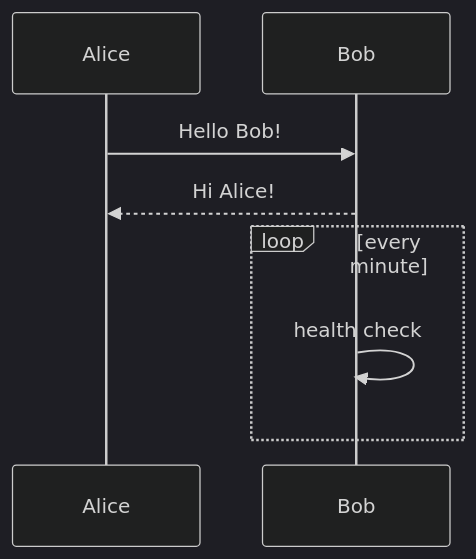
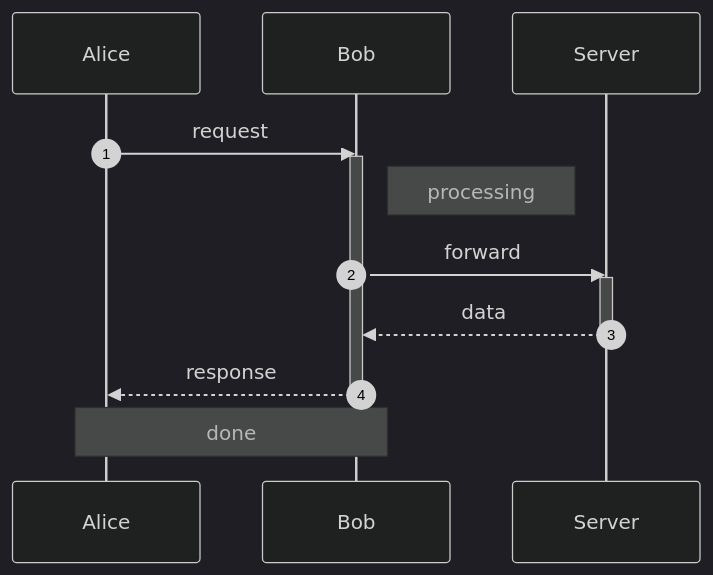
Before and after one commit to sc2in/pozeiden: the diagram in examples/sequence.mmd, drawn with Mermaid (dark theme). The commit also changed 20 other files, not shown here.

```diff
--- a/examples/sequence.mmd
+++ b/examples/sequence.mmd
@@ -1,8 +1,15 @@
 sequenceDiagram
+    autonumber
     participant Alice
     participant Bob
-    Alice->>Bob: Hello Bob!
-    Bob-->>Alice: Hi Alice!
-    loop every minute
-        Bob->>Bob: health check
-    end
+    participant Server
+    Alice->>Bob: request
+    activate Bob
+    Note right of Bob: processing
+    Bob->>Server: forward
+    activate Server
+    Server-->>Bob: data
+    deactivate Server
+    Bob-->>Alice: response
+    deactivate Bob
+    Note over Alice,Bob: done
```
